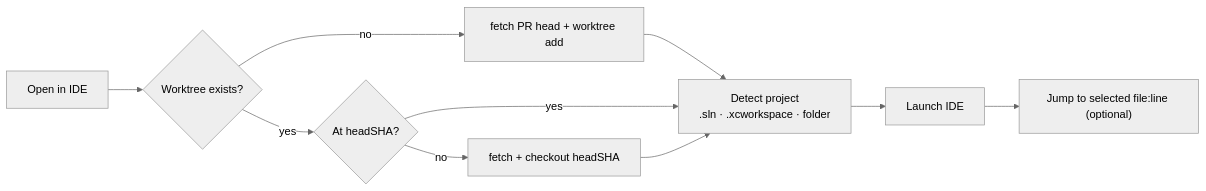
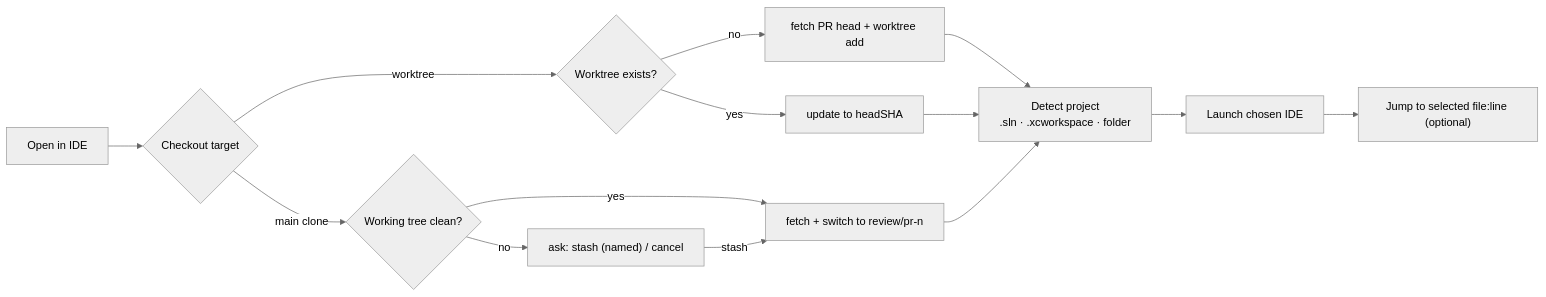
Before and after one commit to mduu/sylvra: the fourth of 4 diagrams in specs/architecture.md, drawn with Mermaid (neutral theme). The commit also changed other lines of this file and 7 other files, not shown here.

````diff
--- a/specs/architecture.md
+++ b/specs/architecture.md
@@ -258,12 +348,16 @@
 ```mermaid
 flowchart LR
-    A["Open in IDE"] --> B{"Worktree exists?"}
-    B -- no --> C["fetch PR head + worktree add"]
-    B -- yes --> D{"At headSHA?"}
-    D -- no --> E["fetch + checkout headSHA"]
-    C --> F
-    D -- yes --> F
-    E --> F["Detect project<br/>.sln · .xcworkspace · folder"]
-    F --> G["Launch IDE"]
+    A["Open in IDE"] --> T{"Checkout target"}
+    T -- worktree --> W{"Worktree exists?"}
+    W -- no --> C["fetch PR head + worktree add"]
+    W -- yes --> D["update to headSHA"]
+    T -- "main clone" --> M{"Working tree clean?"}
+    M -- no --> Q["ask: stash (named) / cancel"]
+    M -- yes --> B["fetch + switch to review/pr-n"]
+    Q -- stash --> B
+    C --> F["Detect project<br/>.sln · .xcworkspace · folder"]
+    D --> F
+    B --> F
+    F --> G["Launch chosen IDE"]
     G --> H["Jump to selected file:line (optional)"]
 ```
````
